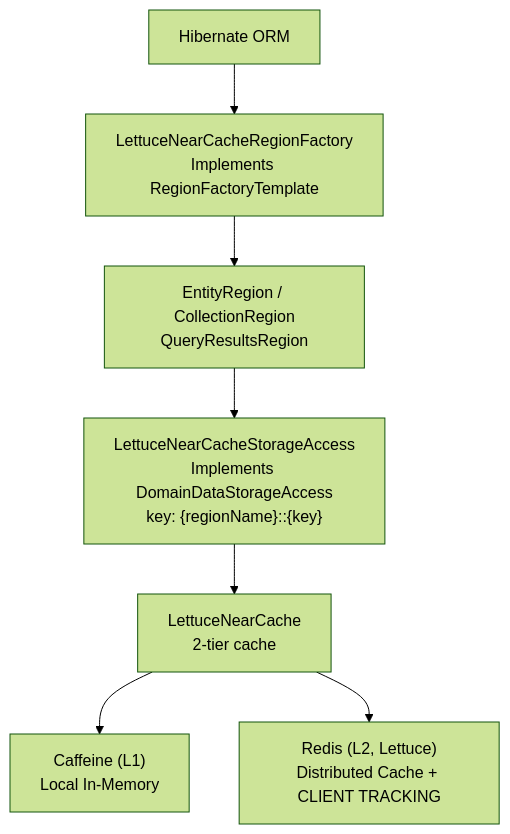
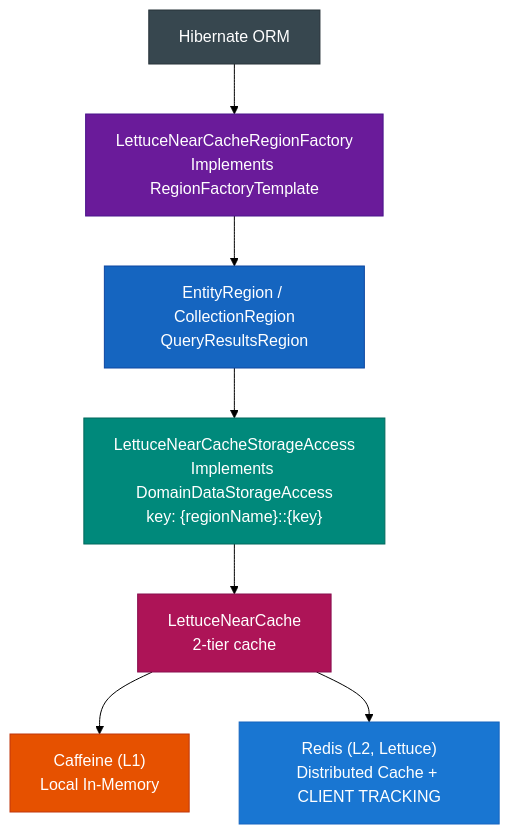
Before and after one commit to bluetape4k/bluetape4k-projects: the second of 3 diagrams in data/hibernate-cache-lettuce/README.md, drawn with Mermaid (forest theme). The commit also changed other lines of this file and 221 other files, not shown here.

First line of the commit message:
docs: 전체 모듈 README UML 다이어그램 보강 및 색상 업그레이드

````diff
--- a/data/hibernate-cache-lettuce/README.md
+++ b/data/hibernate-cache-lettuce/README.md
@@ -35,17 +41,33 @@
 ```mermaid
 flowchart TD
     Hibernate["Hibernate ORM"]
     Factory["LettuceNearCacheRegionFactory<br/>Implements RegionFactoryTemplate"]
     Region["EntityRegion / CollectionRegion<br/>QueryResultsRegion"]
     Storage["LettuceNearCacheStorageAccess<br/>Implements DomainDataStorageAccess<br/>key: {regionName}::{key}"]
     NearCache["LettuceNearCache<br/>2-tier cache"]
     L1["Caffeine (L1)<br/>Local In-Memory"]
     L2["Redis (L2, Lettuce)<br/>Distributed Cache + CLIENT TRACKING"]
 
     Hibernate --> Factory
     Factory --> Region
     Region --> Storage
     Storage --> NearCache
     NearCache --> L1
     NearCache --> L2
+
+    classDef hibernateStyle fill:#37474F,stroke:#263238,color:#FFFFFF
+    classDef factoryStyle fill:#6A1B9A,stroke:#4A148C,color:#FFFFFF
+    classDef regionStyle fill:#1565C0,stroke:#0D47A1,color:#FFFFFF
+    classDef storageStyle fill:#00897B,stroke:#00695C,color:#FFFFFF
+    classDef cacheStyle fill:#AD1457,stroke:#880E4F,color:#FFFFFF
+    classDef l1Style fill:#E65100,stroke:#BF360C,color:#FFFFFF
+    classDef l2Style fill:#1976D2,stroke:#1565C0,color:#FFFFFF
+
+    class Hibernate hibernateStyle
+    class Factory factoryStyle
+    class Region regionStyle
+    class Storage storageStyle
+    class NearCache cacheStyle
+    class L1 l1Style
+    class L2 l2Style
 ```
````
